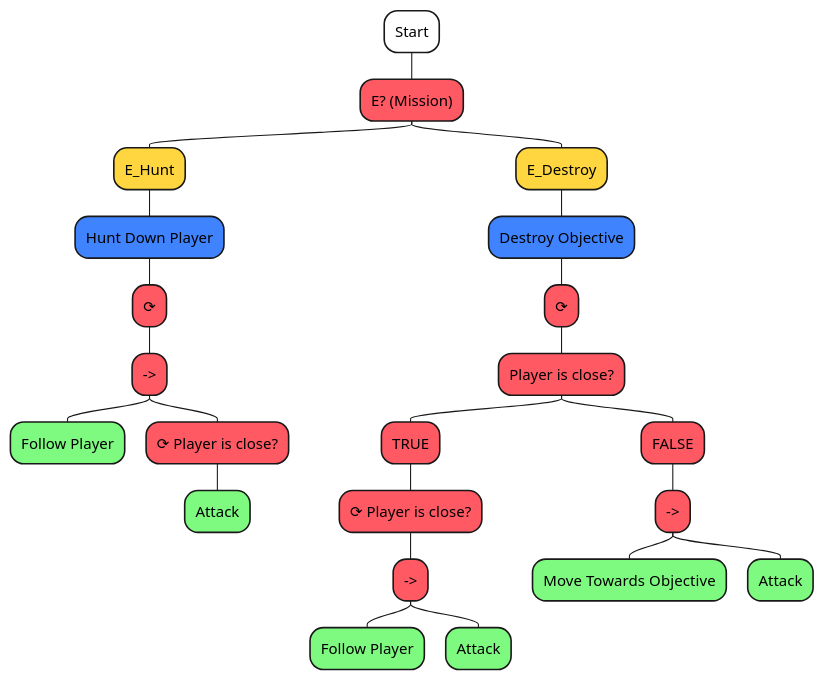
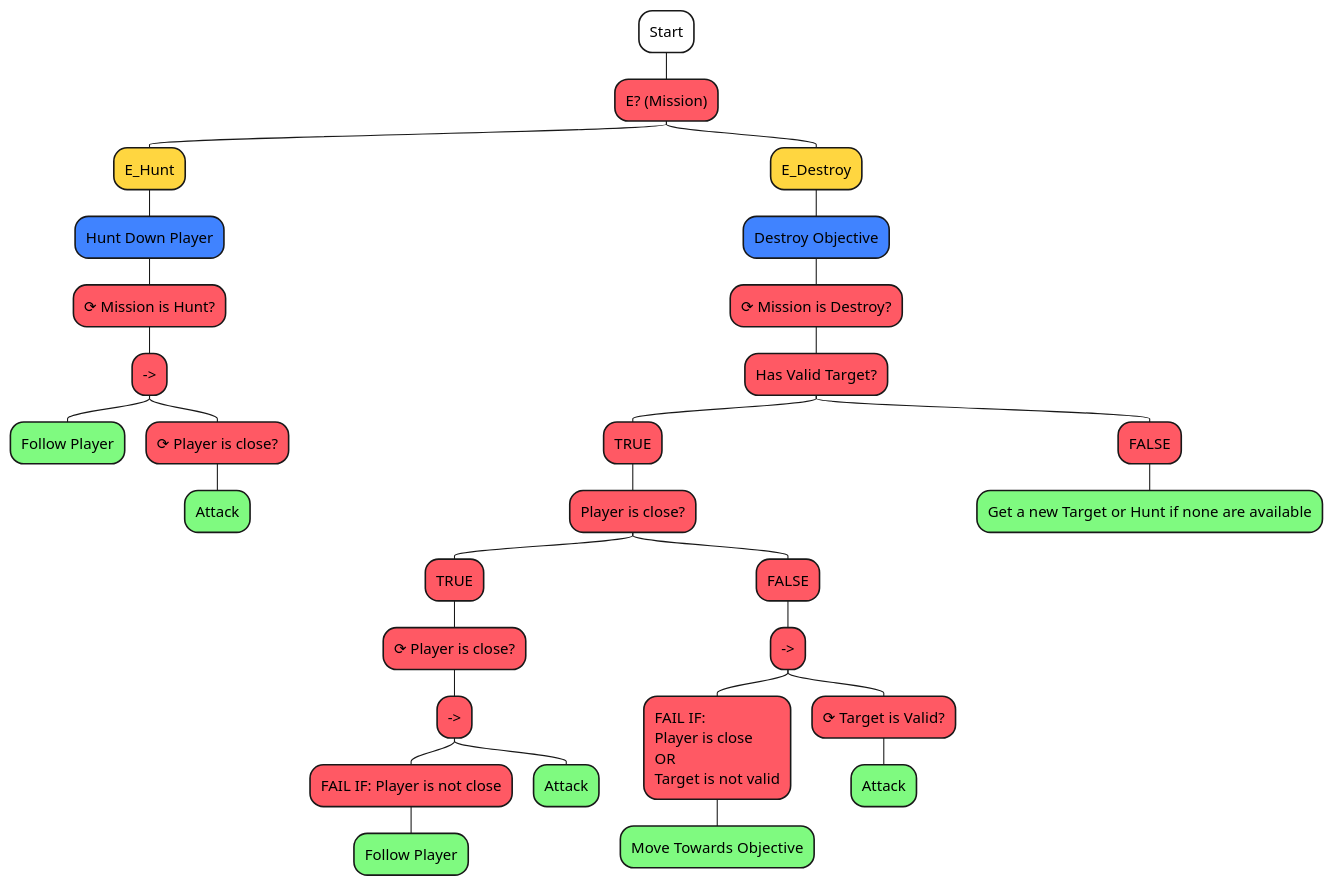
One commit to OFCLeoS/dcs-unity-URG changed the diagram in ARCH/Entities/ARCH_EnemyAI.pu. Above: the diagram before and after it, drawn with PlantUML. The commit also changed 23 other files, not shown here.

```diff
--- a/ARCH/Entities/ARCH_EnemyAI.pu
+++ b/ARCH/Entities/ARCH_EnemyAI.pu
@@ -1,25 +1,34 @@
 @startmindmap Enemy Behaviour Tree
 top to bottom direction
 *[#FFFFFF] Start
 **[#FF5964] E? (Mission)
+
 ***[#FFD640] E_Hunt
 ****[#4083FF] Hunt Down Player
-*****[#FF5964] ⟳
+*****[#FF5964] ⟳ Mission is Hunt?
 ******[#FF5964] ->
 *******[#7FFA80] Follow Player
 *******[#FF5964] ⟳ Player is close?
 ********[#7FFA80] Attack
+
 ***[#FFD640] E_Destroy
 ****[#4083FF] Destroy Objective
-*****[#FF5964] ⟳
-******[#FF5964] Player is close?
+*****[#FF5964] ⟳ Mission is Destroy?
+******[#FF5964] Has Valid Target?
 *******[#FF5964] TRUE
-********[#FF5964] ⟳ Player is close?
-*********[#FF5964] ->
-**********[#7FFA80] Follow Player
-**********[#7FFA80] Attack
+    ********[#FF5964] Player is close?
+    *********[#FF5964] TRUE
+    **********[#FF5964] ⟳ Player is close?
+    ***********[#FF5964] ->
+    ************[#FF5964] FAIL IF: Player is not close
+    *************[#7FFA80] Follow Player
+    ************[#7FFA80] Attack
+    *********[#FF5964] FALSE
+    **********[#FF5964] ->
+    ***********[#FF5964] FAIL IF:\nPlayer is close\nOR\nTarget is not valid
+    ************[#7FFA80] Move Towards Objective
+    ***********[#FF5964] ⟳ Target is Valid?
+    ************[#7FFA80] Attack
 *******[#FF5964] FALSE
-********[#FF5964] ->
-*********[#7FFA80] Move Towards Objective
-*********[#7FFA80] Attack
+    ********[#7FFA80] Get a new Target or Hunt if none are available
 @endmindmap
```
